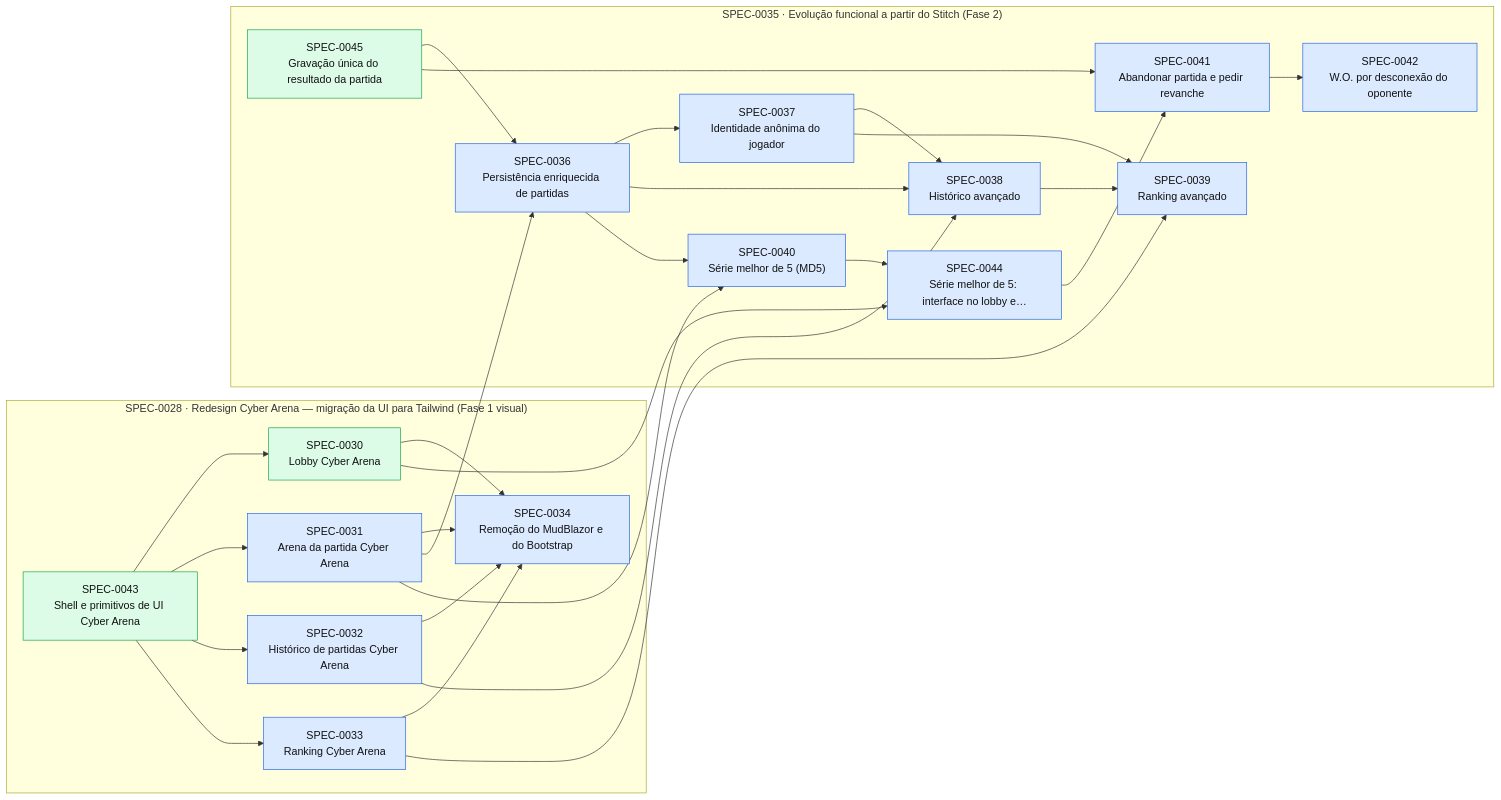
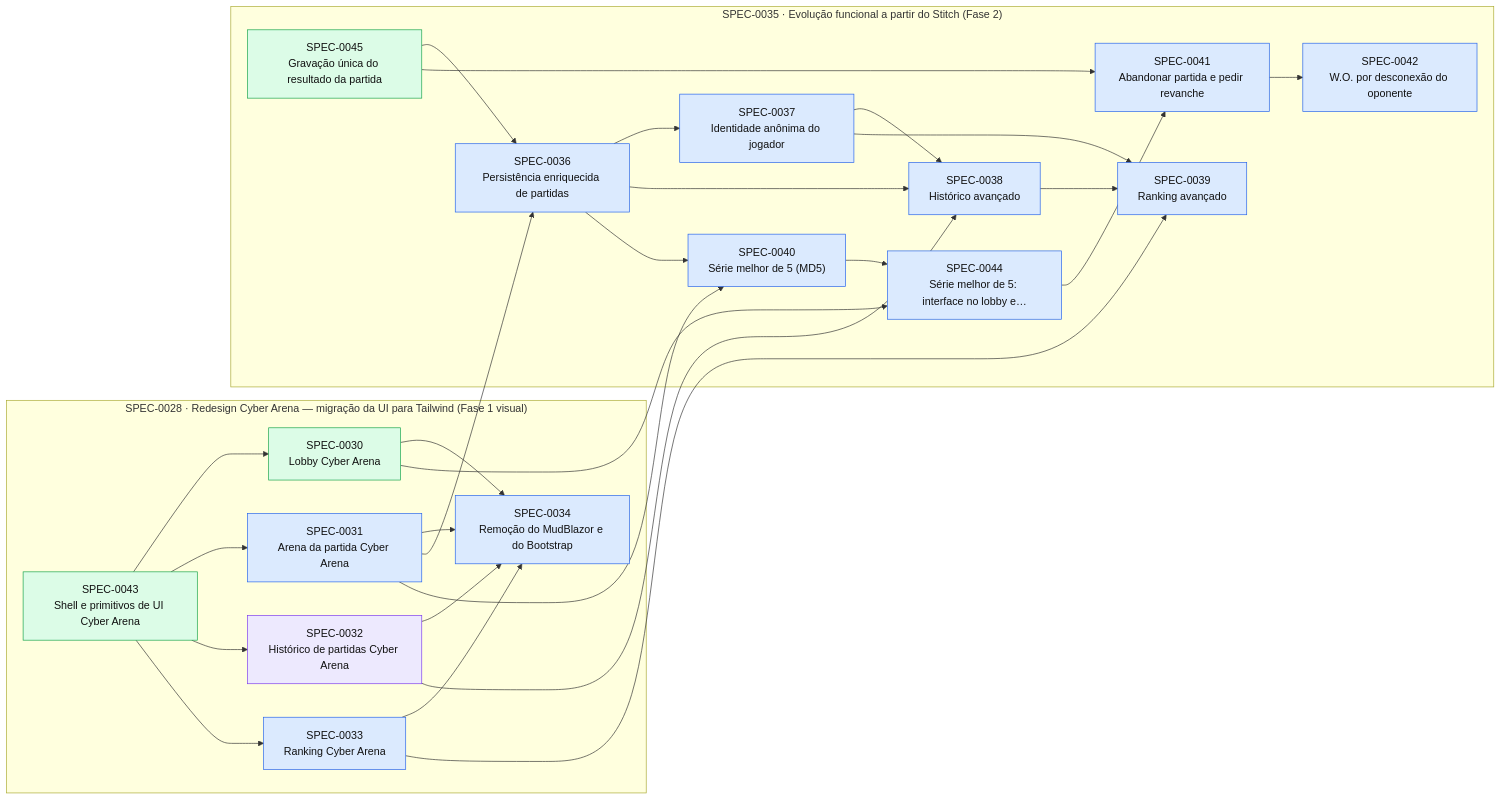
The diagram in docs/specs/INDEX.md (thomasravache/jogo-da-velha-multiplayer), drawn with Mermaid before and after one commit. The commit also changed other lines of this file and 1 other file, not shown here.

First line of the commit message:
docs(specs): registrar gates G1-G4 da SPEC-0032

````diff
--- a/docs/specs/INDEX.md
+++ b/docs/specs/INDEX.md
@@ -47,51 +47,51 @@
 ```mermaid
 flowchart LR
   subgraph E0028["SPEC-0028 · Redesign Cyber Arena — migração da UI para Tailwind (Fase 1 visual)"]
     S0030["SPEC-0030<br/>Lobby Cyber Arena"]:::implemented
     S0031["SPEC-0031<br/>Arena da partida Cyber Arena"]:::approved
-    S0032["SPEC-0032<br/>Histórico de partidas Cyber Arena"]:::approved
+    S0032["SPEC-0032<br/>Histórico de partidas Cyber Arena"]:::inprogress
     S0033["SPEC-0033<br/>Ranking Cyber Arena"]:::approved
     S0034["SPEC-0034<br/>Remoção do MudBlazor e do Bootstrap"]:::approved
     S0043["SPEC-0043<br/>Shell e primitivos de UI Cyber Arena"]:::implemented
   end
   subgraph E0035["SPEC-0035 · Evolução funcional a partir do Stitch (Fase 2)"]
     S0036["SPEC-0036<br/>Persistência enriquecida de partidas"]:::approved
     S0037["SPEC-0037<br/>Identidade anônima do jogador"]:::approved
     S0038["SPEC-0038<br/>Histórico avançado"]:::approved
     S0039["SPEC-0039<br/>Ranking avançado"]:::approved
     S0040["SPEC-0040<br/>Série melhor de 5 (MD5)"]:::approved
     S0041["SPEC-0041<br/>Abandonar partida e pedir revanche"]:::approved
     S0042["SPEC-0042<br/>W.O. por desconexão do oponente"]:::approved
     S0044["SPEC-0044<br/>Série melhor de 5: interface no lobby e…"]:::approved
     S0045["SPEC-0045<br/>Gravação única do resultado da partida"]:::implemented
   end
   S0043 --> S0030
   S0043 --> S0031
   S0043 --> S0032
   S0043 --> S0033
   S0030 --> S0034
   S0031 --> S0034
   S0032 --> S0034
   S0033 --> S0034
   S0031 --> S0036
   S0045 --> S0036
   S0036 --> S0037
   S0032 --> S0038
   S0036 --> S0038
   S0037 --> S0038
   S0033 --> S0039
   S0037 --> S0039
   S0038 --> S0039
   S0031 --> S0040
   S0036 --> S0040
   S0044 --> S0041
   S0045 --> S0041
   S0041 --> S0042
   S0030 --> S0044
   S0040 --> S0044
   classDef proposed fill:#fef3c7,stroke:#d97706,color:#111
   classDef approved fill:#dbeafe,stroke:#2563eb,color:#111
   classDef inprogress fill:#ede9fe,stroke:#7c3aed,color:#111
   classDef implemented fill:#dcfce7,stroke:#16a34a,color:#111
   classDef deprecated fill:#f3f4f6,stroke:#9ca3af,color:#6b7280
 ```
````
